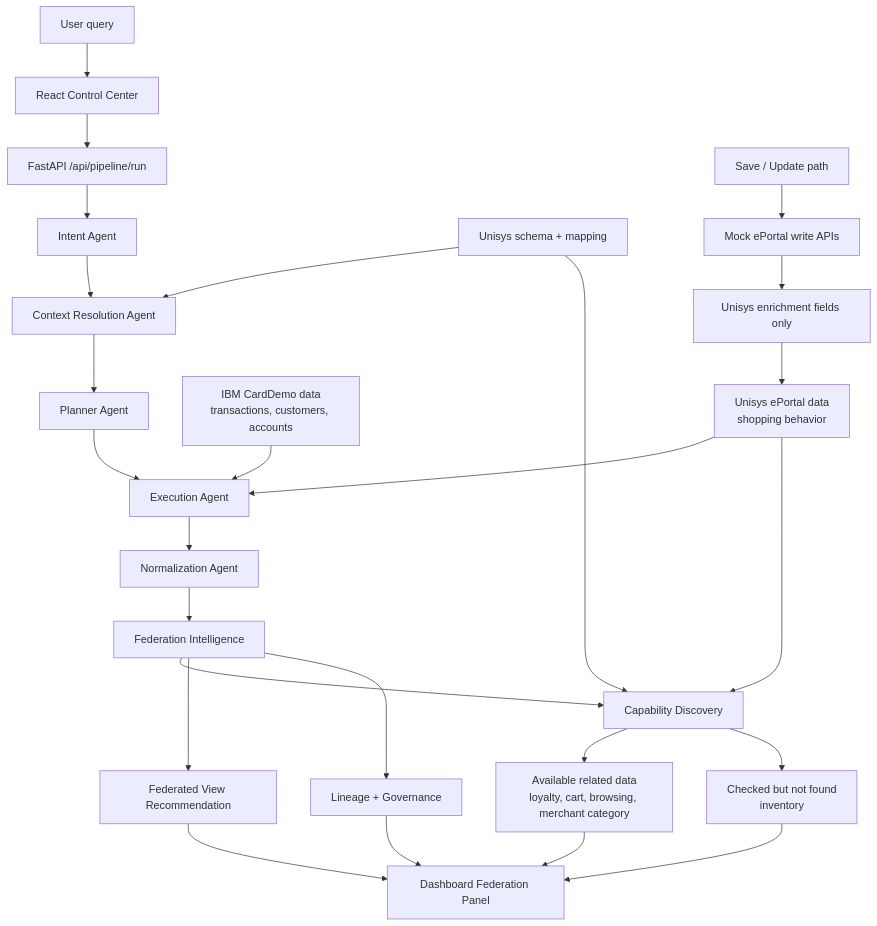
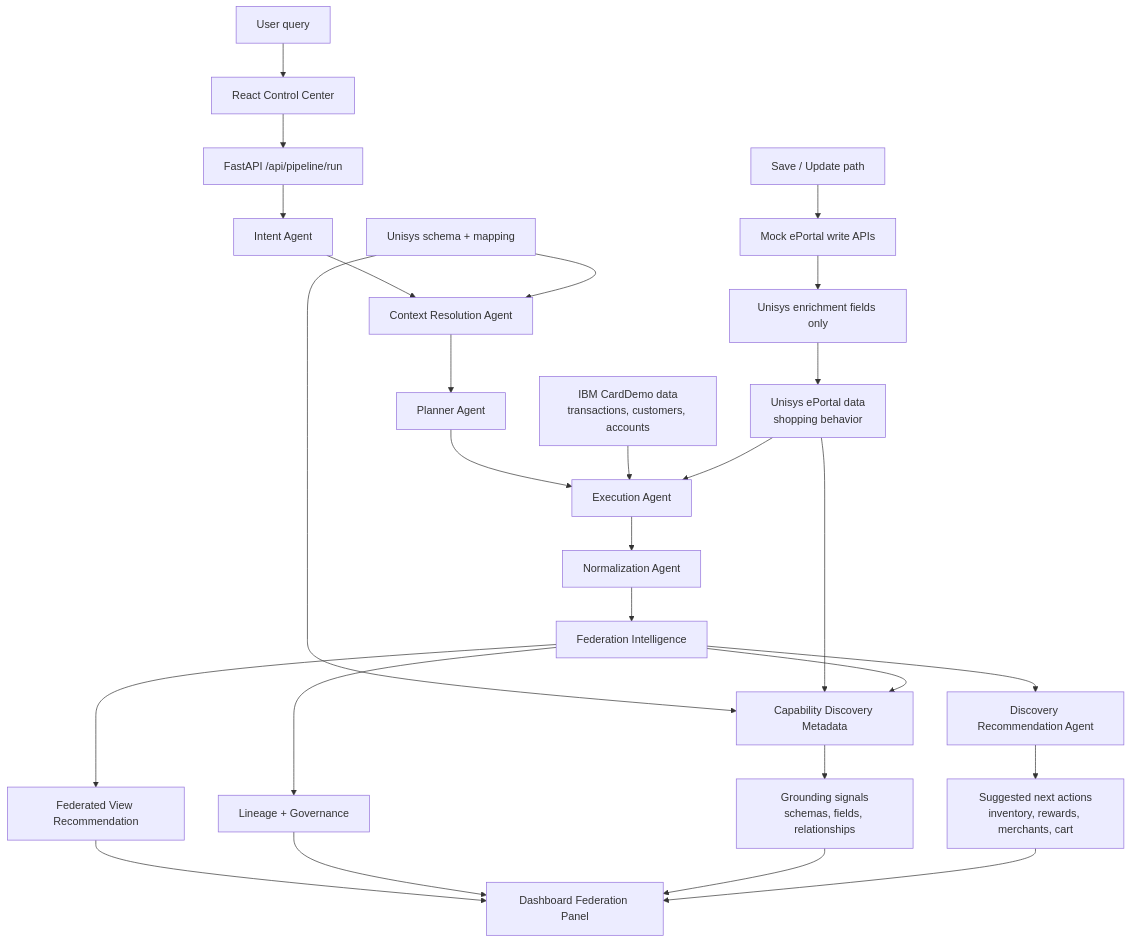
Before and after one commit to Pritam2602/Agentic-Framework-for-IBM-Unisys-Mainframe-Autonomy-D8589-: the diagram in README.md, drawn with Mermaid. The commit also changed other lines of this file and 20 other files, not shown here.

Commit message:
Added llm based discovery recommendation system

````diff
--- a/README.md
+++ b/README.md
@@ -27,34 +27,35 @@
 ```mermaid
 flowchart TD
     A[User query] --> B[React Control Center]
     B --> C[FastAPI /api/pipeline/run]
 
     C --> D[Intent Agent]
     D --> E[Context Resolution Agent]
     E --> F[Planner Agent]
     F --> G[Execution Agent]
     G --> H[Normalization Agent]
     H --> I[Federation Intelligence]
 
     J[IBM CardDemo data<br/>transactions, customers, accounts] --> G
     K[Unisys ePortal data<br/>shopping behavior] --> G
     L[Unisys schema + mapping] --> E
-    L --> M[Capability Discovery]
+    L --> M[Capability Discovery Metadata]
     K --> M
 
     I --> M
     I --> N[Federated View Recommendation]
     I --> O[Lineage + Governance]
+    I --> V[Discovery Recommendation Agent]
 
-    M --> P[Available related data<br/>loyalty, cart, browsing, merchant category]
-    M --> Q[Checked but not found<br/>inventory]
+    M --> P[Grounding signals<br/>schemas, fields, relationships]
+    V --> Q[Suggested next actions<br/>inventory, rewards, merchants, cart]
 
     N --> R[Dashboard Federation Panel]
     O --> R
     P --> R
     Q --> R
 
     S[Save / Update path] --> T[Mock ePortal write APIs]
     T --> U[Unisys enrichment fields only]
     U --> K
 ```
````
